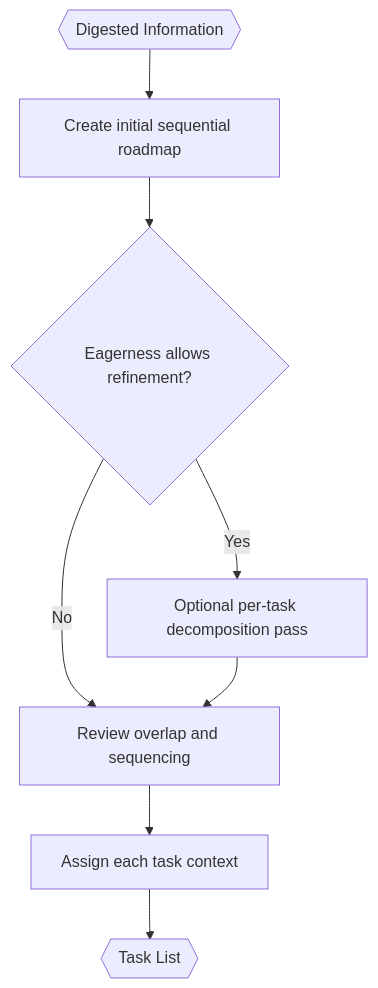
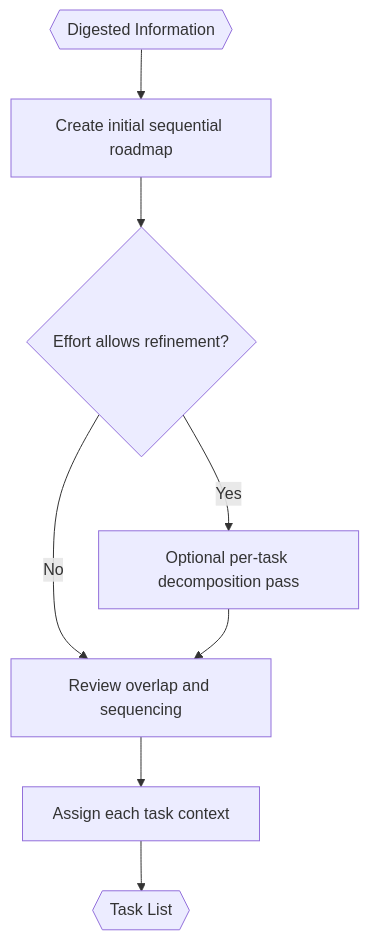
Before and after one commit to VJyzCELERY/TINYCUA: the diagram in src/tinycua/docs/architecture/task-analysis.md, drawn with Mermaid. The commit also changed other lines of this file and 3 other files, not shown here.

Commit message:
docs(architecture): replace eagerness with effort terminology

````diff
--- a/src/tinycua/docs/architecture/task-analysis.md
+++ b/src/tinycua/docs/architecture/task-analysis.md
@@ -71,18 +72,18 @@
 ```mermaid
 flowchart TD
     DI{{"Digested Information"}}
     CREATE["Create initial sequential roadmap"]
-    EAGER{"Eagerness allows refinement?"}
+    EFFORT{"Effort allows refinement?"}
     REFINE["Optional per-task decomposition pass"]
     REVIEW["Review overlap and sequencing"]
     ASSIGN["Assign each task context"]
     TL{{"Task List"}}
 
     DI --> CREATE
-    CREATE --> EAGER
-    EAGER -->|Yes| REFINE
-    EAGER -->|No| REVIEW
+    CREATE --> EFFORT
+    EFFORT -->|Yes| REFINE
+    EFFORT -->|No| REVIEW
     REFINE --> REVIEW
     REVIEW --> ASSIGN
     ASSIGN --> TL
 ```
````
